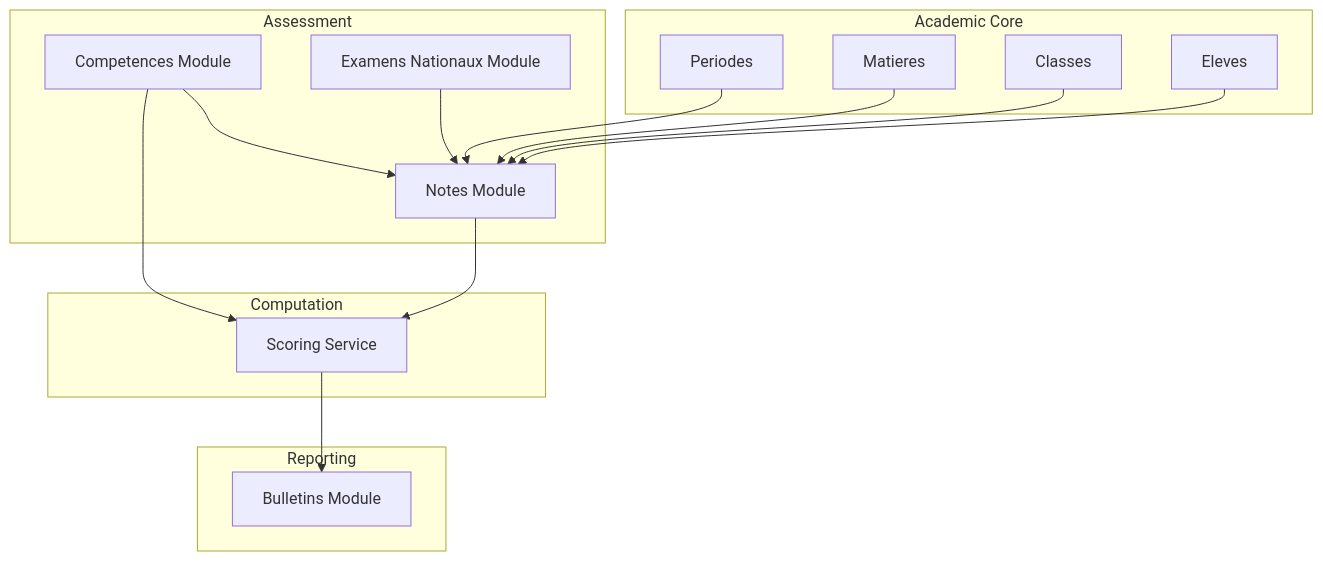
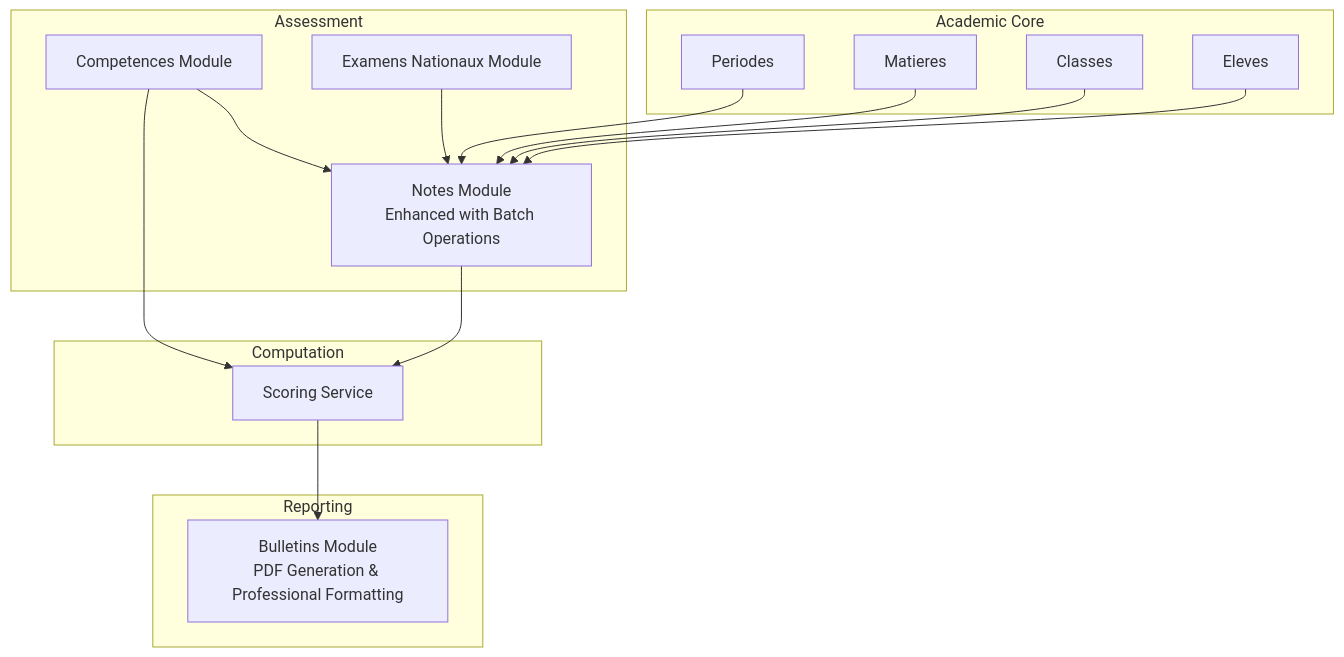
The first of 8 diagrams in .qoder/repowiki/en/content/Academic Management System/Grade & Evaluation System/Grade & Evaluation System.md (franckylab/eLISAschool), drawn with Mermaid before and after one commit. The commit also changed other lines of this file and 21 other files, not shown here.

````diff
--- a/.qoder/repowiki/en/content/Academic Management System/Grade & Evaluation System/Grade & Evaluation System.md
+++ b/.qoder/repowiki/en/content/Academic Management System/Grade & Evaluation System/Grade & Evaluation System.md
@@ -65,29 +73,29 @@
 ```mermaid
 graph TB
 subgraph "Academic Core"
 PER["Periodes"]
 MAT["Matieres"]
 CLS["Classes"]
 ELC["Eleves"]
 end
 subgraph "Assessment"
-NOTES["Notes Module"]
+NOTES["Notes Module<br/>Enhanced with Batch Operations"]
 COMP["Competences Module"]
 EXN["Examens Nationaux Module"]
 end
 subgraph "Computation"
 SCORE["Scoring Service"]
 end
 subgraph "Reporting"
-BULL["Bulletins Module"]
+BULL["Bulletins Module<br/>PDF Generation & Professional Formatting"]
 end
 PER --> NOTES
 MAT --> NOTES
 CLS --> NOTES
 ELC --> NOTES
 COMP --> NOTES
 EXN --> NOTES
 NOTES --> SCORE
 COMP --> SCORE
 SCORE --> BULL
 ```
````
